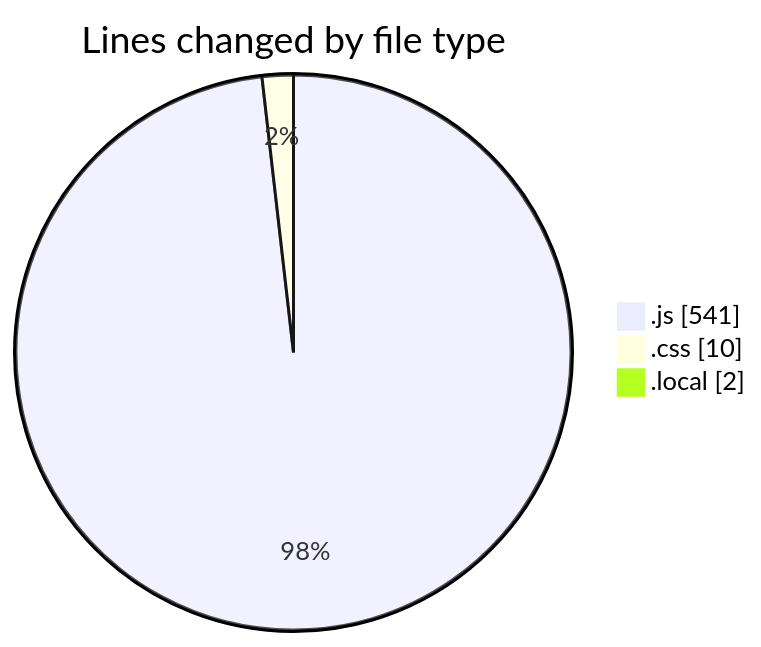
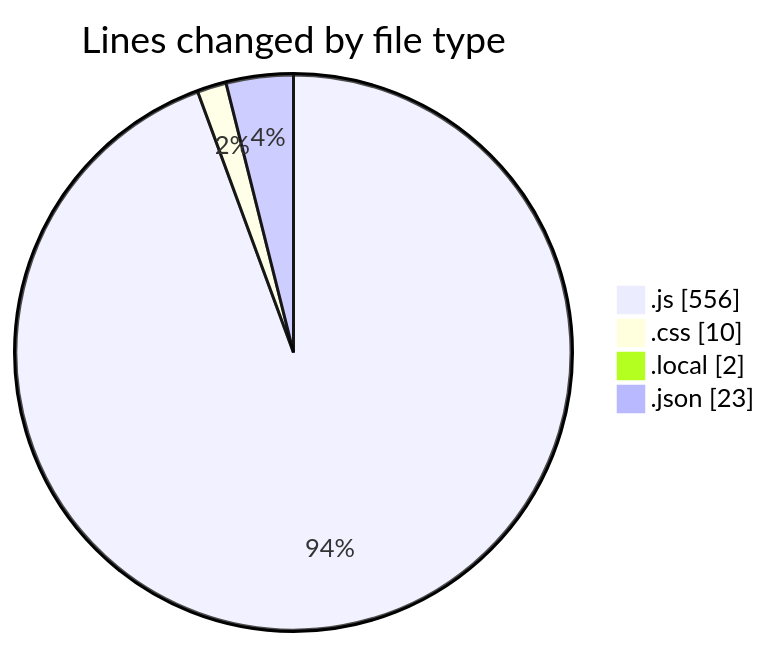
One commit to Ritupan-Deka/code-tracking changed the first of 2 diagrams in 2025-05-04/houserentalservice/README.md. Above: the diagram before and after it, drawn with Mermaid. The commit also changed other lines of this file and 1 other file, not shown here.

````diff
--- a/2025-05-04/houserentalservice/README.md
+++ b/2025-05-04/houserentalservice/README.md
@@ -35,7 +37,8 @@
 ```mermaid
 pie showData
 title Lines changed by file type
-".js" : 541
+".js" : 556
 ".css" : 10
 ".local" : 2
+".json" : 23
 ```
````
